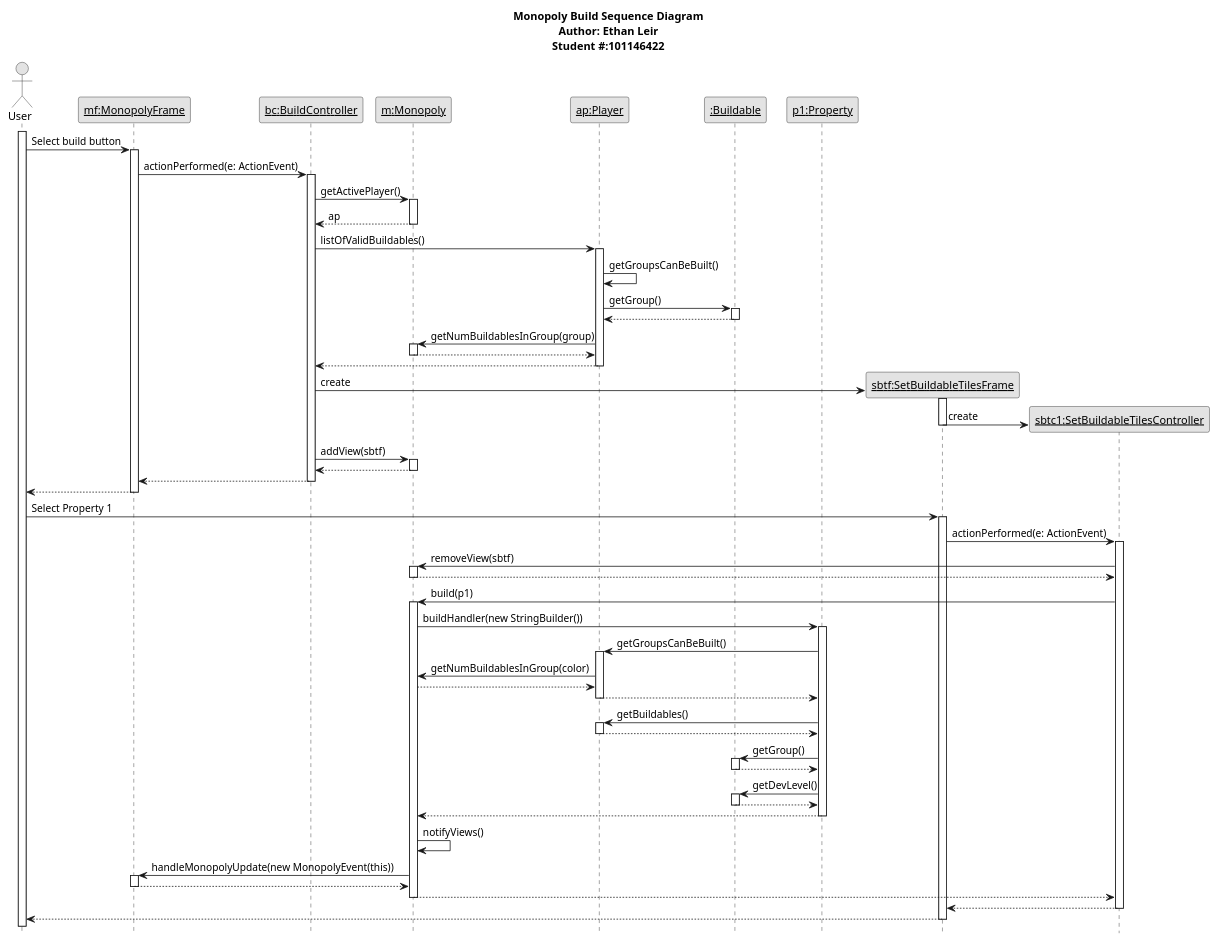
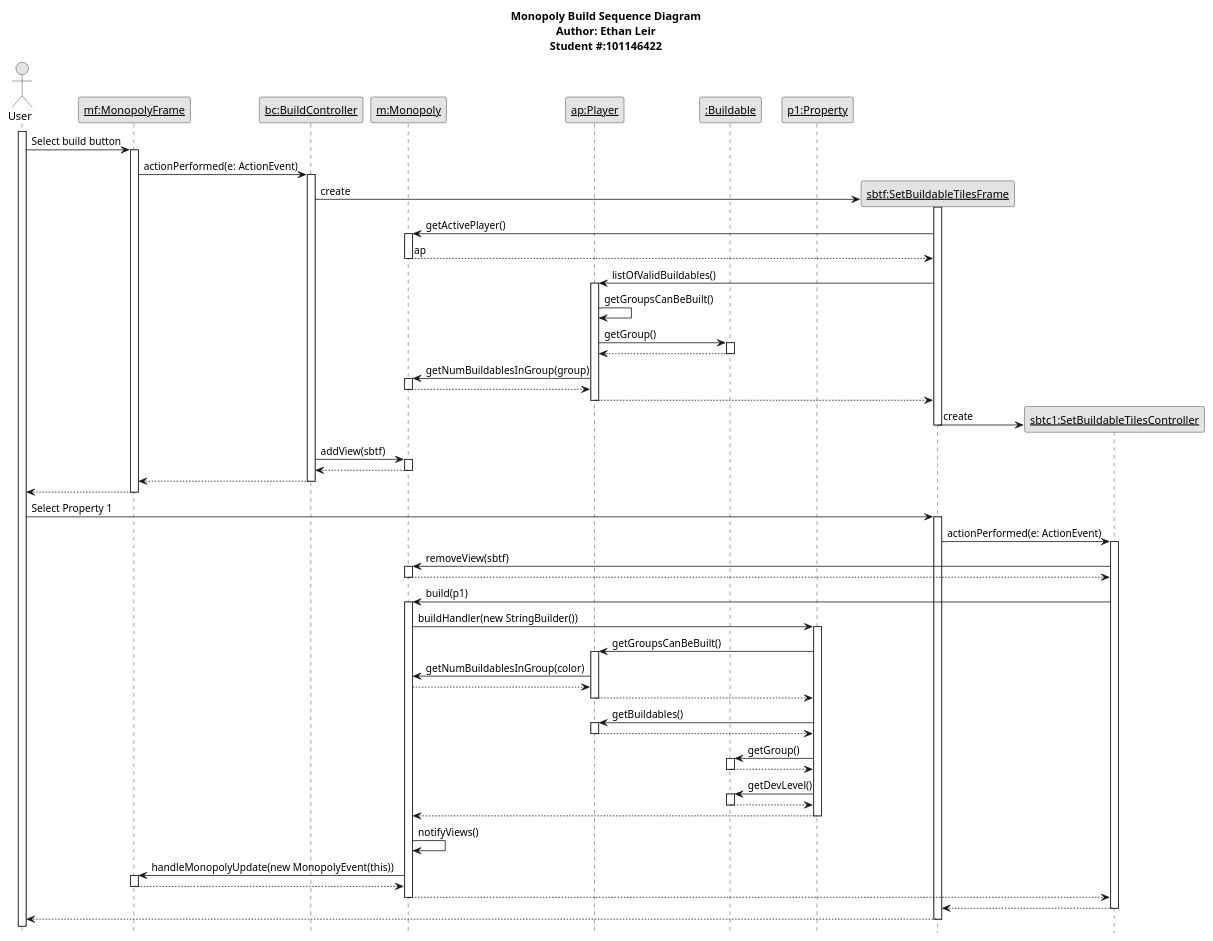
Before and after one commit to MiniEinsteinD/MonopolyGame: the diagram in src/Monopoly Build Sequence Diagram.puml, drawn with PlantUML. The commit also changed 1 other file, not shown here.

Commit message:
Updated Seq Diagram and Design Decisions
- Fixed an error in Build UML Sequence Diagram.
- Added PlayerBot explanation to Design Decisions

```diff
--- a/src/Monopoly Build Sequence Diagram.puml
+++ b/src/Monopoly Build Sequence Diagram.puml
@@ -1,106 +1,106 @@
 @startuml Monopoly Build Sequence Diagram
 
 title Monopoly Build Sequence Diagram\nAuthor: Ethan Leir\nStudent #:101146422
 
 hide footbox
 skinparam monochrome true
 
 actor User as User
 participant "<u>mf:MonopolyFrame" as mf
 participant "<u>bc:BuildController" as bc
 participant "<u>m:Monopoly" as m
 participant "<u>ap:Player" as ap
 participant "<u>:Buildable" as b
 participant "<u>p1:Property" as p1
 participant "<u>sbtf:SetBuildableTilesFrame" as sbtf
 participant "<u>sbtc1:SetBuildableTilesController" as sbtc
 
 activate User
 User -> mf: Select build button
 activate mf
 
 mf -> bc: actionPerformed(e: ActionEvent)
 activate bc
 
-bc -> m: getActivePlayer()
+bc -> sbtf ** : create
+activate sbtf
+sbtf -> m: getActivePlayer()
 activate m
-m --> bc: ap
+m --> sbtf: ap
 deactivate m
-bc -> ap: listOfValidBuildables()
+sbtf -> ap: listOfValidBuildables()
 activate ap
 ap -> ap: getGroupsCanBeBuilt()
 ap -> b: getGroup()
 activate b
 b --> ap
 deactivate b
 ap -> m: getNumBuildablesInGroup(group)
 activate m
 m --> ap
 deactivate m
-ap --> bc
+ap --> sbtf
 deactivate ap
-bc -> sbtf ** : create
-activate sbtf
 sbtf -> sbtc ** : create
 deactivate sbtf
 
 bc -> m : addView(sbtf)
 activate m
 m --> bc
 deactivate m
 
 bc --> mf
 deactivate bc
 mf --> User
 deactivate mf
 
 User -> sbtf: Select Property 1
 activate sbtf
 sbtf -> sbtc: actionPerformed(e: ActionEvent)
 activate sbtc
 
 sbtc -> m: removeView(sbtf)
 activate m
 m --> sbtc
 deactivate m
 sbtc -> m: build(p1)
 activate m
 m -> p1: buildHandler(new StringBuilder())
 activate p1
 
 p1 -> ap: getGroupsCanBeBuilt()
 activate ap
 ap -> m: getNumBuildablesInGroup(color)
 m --> ap
 ap --> p1
 deactivate ap
 p1 -> ap: getBuildables()
 activate ap
 ap --> p1
 deactivate ap
 p1 -> b: getGroup()
 activate b
 b --> p1
 deactivate b
 p1 -> b: getDevLevel()
 activate b
 b --> p1
 deactivate b
 
 p1 --> m
 deactivate p1
 m -> m: notifyViews()
 m -> mf: handleMonopolyUpdate(new MonopolyEvent(this))
 activate mf
 mf --> m
 deactivate mf
 m --> sbtc
 deactivate m
 
 sbtc --> sbtf
 deactivate sbtc
 
 sbtf --> User
 deactivate sbtf
 
 @enduml
```
